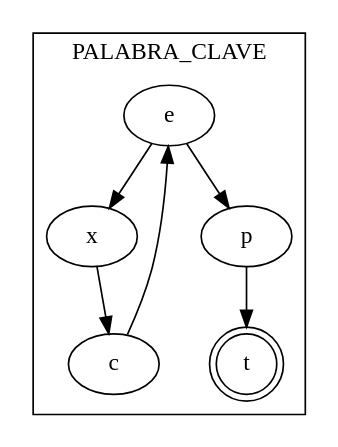
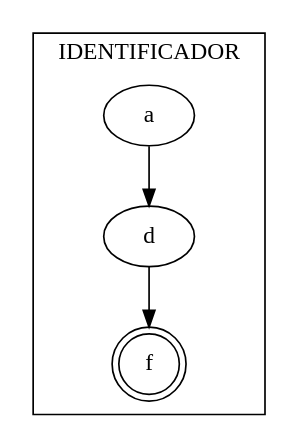
Before and after one commit to luisbaquiax/2023_Lenguajes_practica_1: the diagram in LenguajesPracticaLexico/src/example.dot, drawn with Graphviz. The commit also changed 10 other files, not shown here.

```diff
--- a/LenguajesPracticaLexico/src/example.dot
+++ b/LenguajesPracticaLexico/src/example.dot
@@ -1,8 +1,8 @@
 digraph G {
 
-  "t" [shape=doublecircle]  subgraph cluster_0 {
+  "f" [shape=doublecircle]  subgraph cluster_0 {
 
-"e" -> "x" -> "c" -> "e" -> "p" -> "t";
-    label = "PALABRA_CLAVE";
+"a" -> "d" -> "f";
+    label = "IDENTIFICADOR";
   }
 }
```
